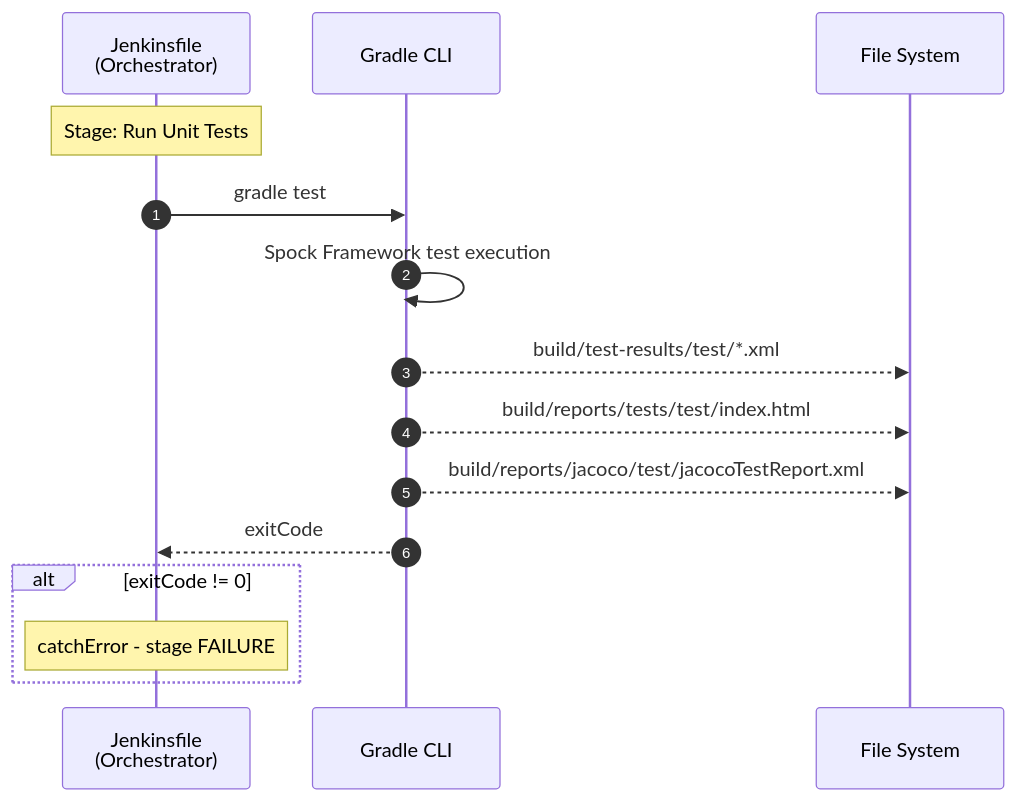
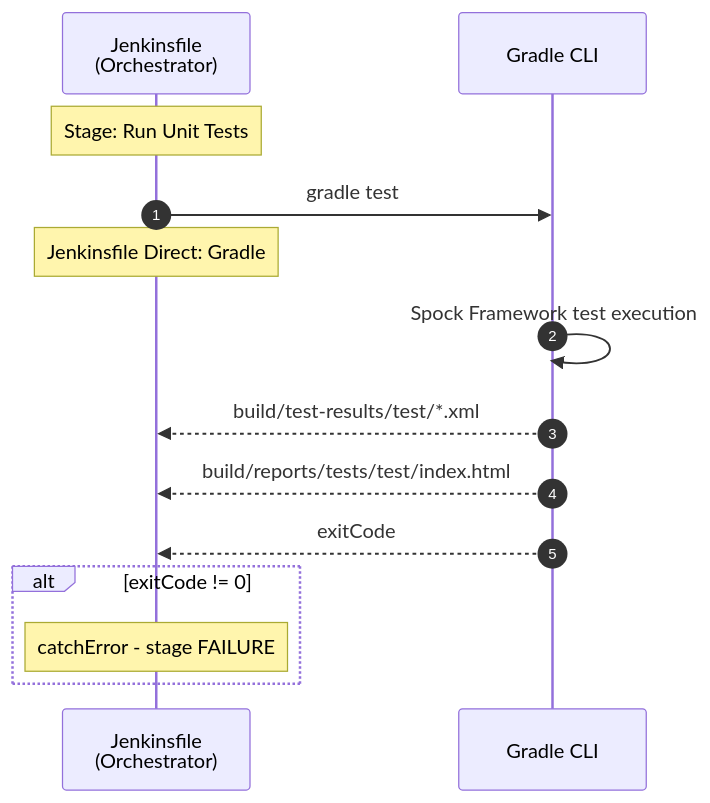
One commit to JindoKimKor/Self-Binnacle changed the fifth of 8 diagrams in Voyages/Projects/VARLab-work-transfer/portfolios/devops-jenkins-linux/4-layer-architecture-and-logger-system-integration/problem-analysis/pipeline-sequence-diagrams/jenkins-ci.md. Above: the diagram before and after it, drawn with Mermaid. The commit also changed other lines of this file and 55 other files, not shown here.

First line of the commit message:
refactor(4-layer-architecture): Standardize analysis document naming and format

````diff
--- a/Voyages/Projects/VARLab-work-transfer/portfolios/devops-jenkins-linux/4-layer-architecture-and-logger-system-integration/problem-analysis/pipeline-sequence-diagrams/jenkins-ci.md
+++ b/Voyages/Projects/VARLab-work-transfer/portfolios/devops-jenkins-linux/4-layer-architecture-and-logger-system-integration/problem-analysis/pipeline-sequence-diagrams/jenkins-ci.md
@@ -191,21 +227,20 @@
 ```mermaid
 sequenceDiagram
     autonumber
 
     participant JF as Jenkinsfile<br/>(Orchestrator)
     participant Gradle as Gradle CLI
-    participant FS as File System
 
     Note over JF: Stage: Run Unit Tests
 
     JF->>Gradle: gradle test
+    Note over JF: Jenkinsfile Direct: Gradle
     Gradle->>Gradle: Spock Framework test execution
-    Gradle-->>FS: build/test-results/test/*.xml
-    Gradle-->>FS: build/reports/tests/test/index.html
-    Gradle-->>FS: build/reports/jacoco/test/jacocoTestReport.xml
+    Gradle-->>JF: build/test-results/test/*.xml
+    Gradle-->>JF: build/reports/tests/test/index.html
     Gradle-->>JF: exitCode
 
     alt exitCode != 0
         Note over JF: catchError - stage FAILURE
     end
 ```
````
